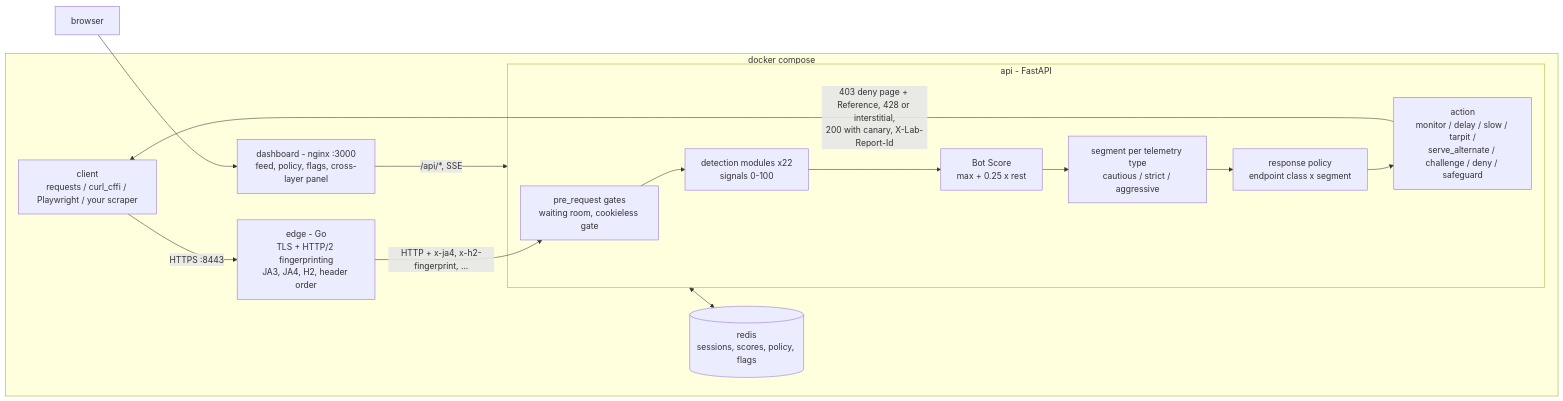
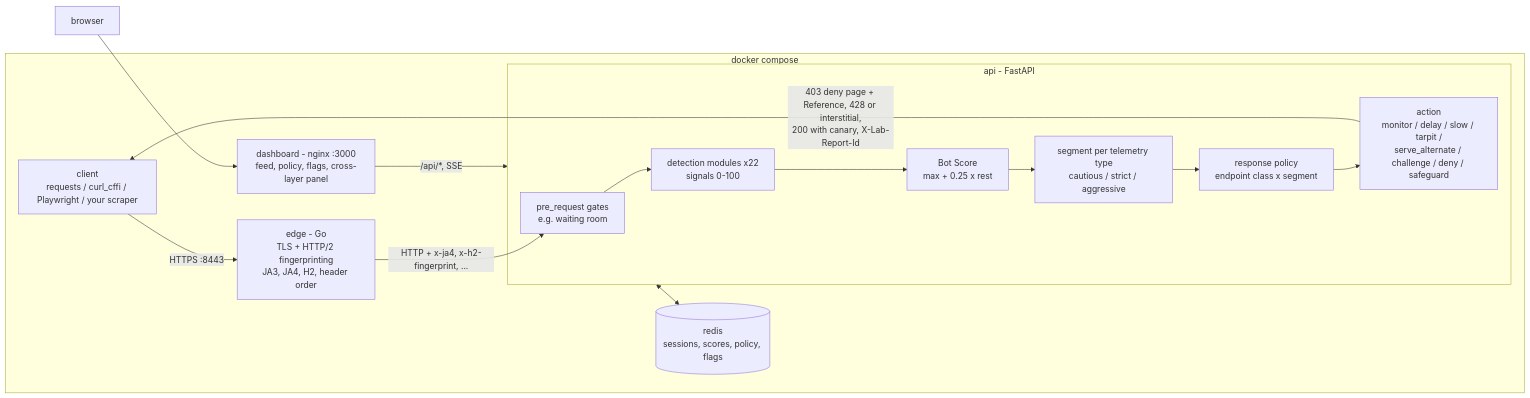
One commit to cesarhmatias/akamai-style-bot-lab changed the diagram in README.md. Above: the diagram before and after it, drawn with Mermaid. The commit also changed 1 other file, not shown here.

Commit message:
docs: keep the pre_request gate wording generic
Do not name a specific gate in the README diagram or the architecture lifecycle.

````diff
--- a/README.md
+++ b/README.md
@@ -37,18 +37,18 @@
 ```mermaid
 flowchart LR
     C[client<br/>requests / curl_cffi / Playwright / your scraper] -->|HTTPS :8443| E
     subgraph lab[docker compose]
       E[edge - Go<br/>TLS + HTTP/2 fingerprinting<br/>JA3, JA4, H2, header order] -->|HTTP + x-ja4, x-h2-fingerprint, ...| G
       subgraph A[api - FastAPI]
-        G[pre_request gates<br/>waiting room, cookieless gate] --> M[detection modules x22<br/>signals 0-100]
+        G[pre_request gates<br/>e.g. waiting room] --> M[detection modules x22<br/>signals 0-100]
         M --> S[Bot Score<br/>max + 0.25 x rest]
         S --> SEG[segment per telemetry type<br/>cautious / strict / aggressive]
         SEG --> P[response policy<br/>endpoint class x segment]
         P --> ACT[action<br/>monitor / delay / slow / tarpit /<br/>serve_alternate / challenge / deny / safeguard]
       end
       ACT -->|403 deny page + Reference, 428 or interstitial,<br/>200 with canary, X-Lab-Report-Id| C
       A <--> R[(redis<br/>sessions, scores, policy, flags)]
       D[dashboard - nginx :3000<br/>feed, policy, flags, cross-layer panel] -->|/api/*, SSE| A
     end
     B[browser] --> D
 ```
````
